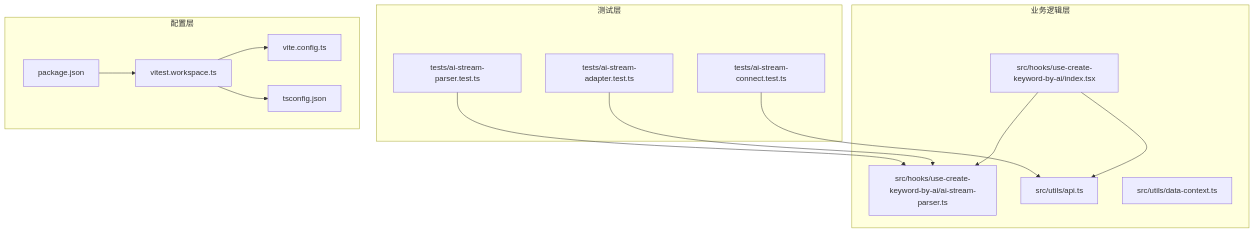
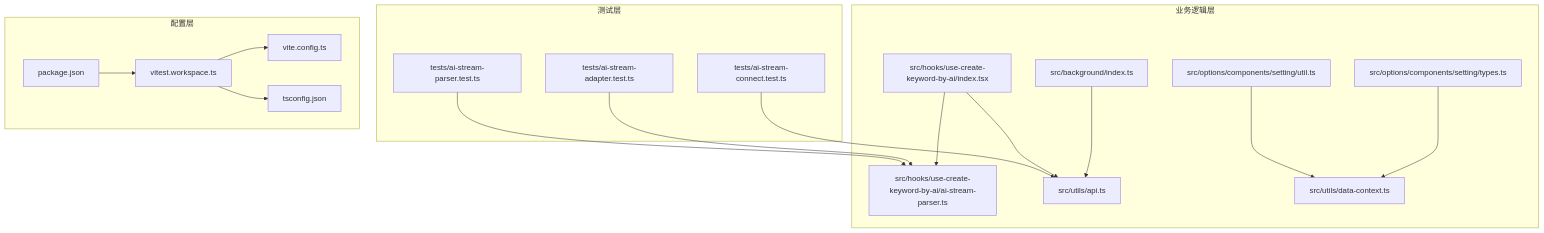
Before and after one commit to RadiumAg/bilibili-favorites: the first of 7 diagrams in .qoder/repowiki/zh/content/开发指南/测试策略与实践.md, drawn with Mermaid. The commit also changed other lines of this file and 3 other files, not shown here.

````diff
--- a/.qoder/repowiki/zh/content/开发指南/测试策略与实践.md
+++ b/.qoder/repowiki/zh/content/开发指南/测试策略与实践.md
@@ -38,28 +43,34 @@
 ```mermaid
 graph TB
 subgraph "测试层"
 T1["tests/ai-stream-parser.test.ts"]
 T2["tests/ai-stream-adapter.test.ts"]
 T3["tests/ai-stream-connect.test.ts"]
 end
 subgraph "业务逻辑层"
 P1["src/hooks/use-create-keyword-by-ai/ai-stream-parser.ts"]
 P2["src/hooks/use-create-keyword-by-ai/index.tsx"]
 U1["src/utils/api.ts"]
 D1["src/utils/data-context.ts"]
+O1["src/options/components/setting/util.ts"]
+O2["src/options/components/setting/types.ts"]
+B1["src/background/index.ts"]
 end
 subgraph "配置层"
 C1["vitest.workspace.ts"]
 C2["vite.config.ts"]
 C3["tsconfig.json"]
 PKG["package.json"]
 end
 T1 --> P1
 T2 --> P1
 T3 --> U1
 P2 --> P1
 P2 --> U1
 PKG --> C1
 C1 --> C2
 C1 --> C3
+O1 --> D1
+O2 --> D1
+B1 --> U1
 ```
````
